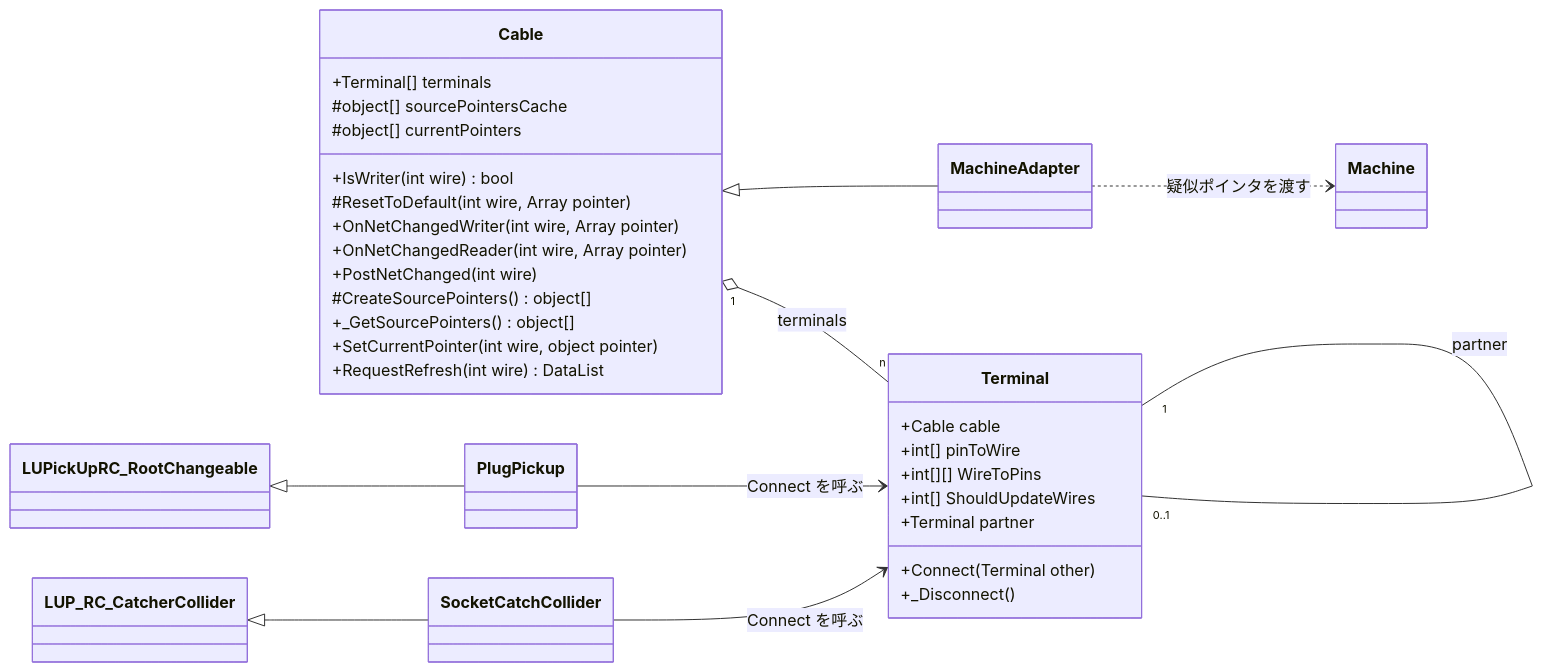
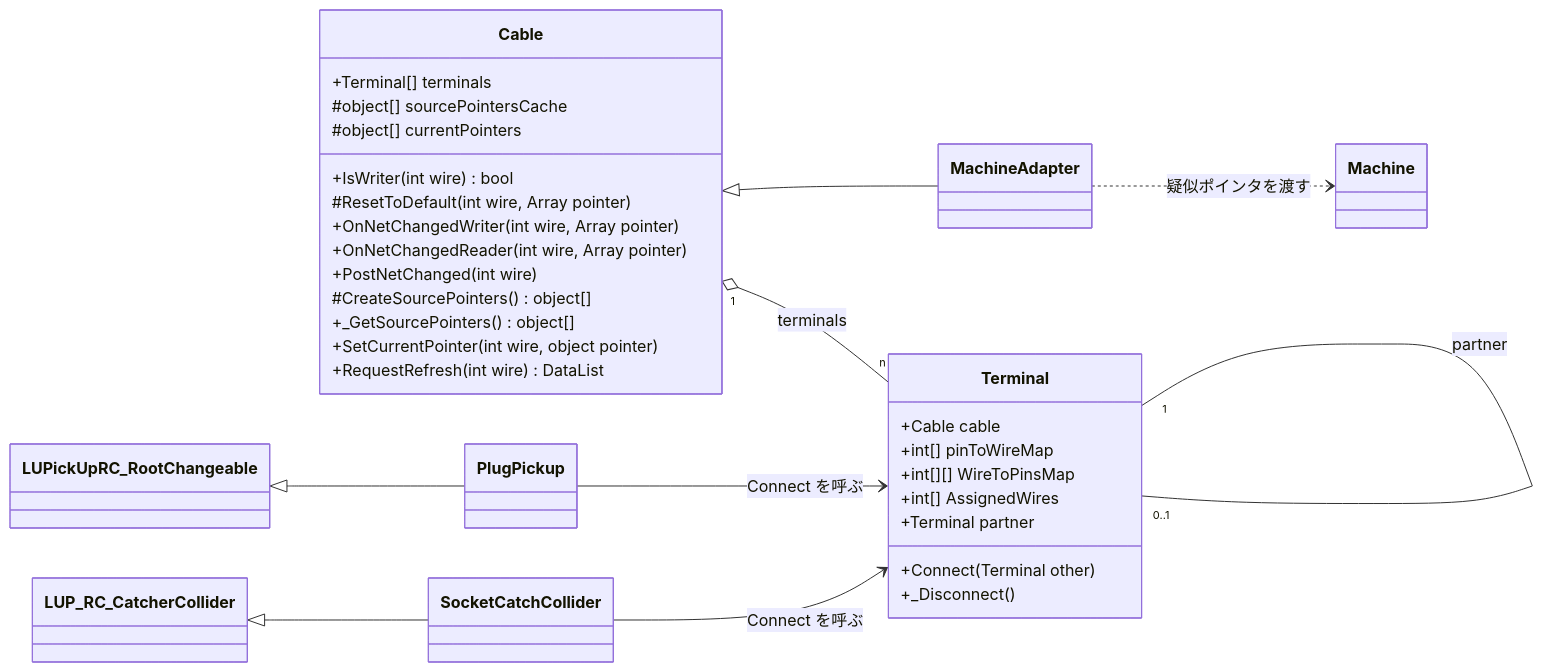
Before and after one commit to frou01/UdonSharpPickupCable: the first of 3 diagrams in Design.md, drawn with Mermaid. The commit also changed other lines of this file, not shown here.

````diff
--- a/Design.md
+++ b/Design.md
@@ -92,39 +92,39 @@
 ```mermaid
 classDiagram
   direction LR
   class Cable {
     +Terminal[] terminals
     #object[] sourcePointersCache
     #object[] currentPointers
     +IsWriter(int wire) bool
     #ResetToDefault(int wire, Array pointer)
     +OnNetChangedWriter(int wire, Array pointer)
     +OnNetChangedReader(int wire, Array pointer)
     +PostNetChanged(int wire)
     #CreateSourcePointers() object[]
     +_GetSourcePointers() object[]
     +SetCurrentPointer(int wire, object pointer)
     +RequestRefresh(int wire) DataList
   }
   class Terminal {
     +Cable cable
-    +int[] pinToWire
-    +int[][] WireToPins
-    +int[] ShouldUpdateWires
+    +int[] pinToWireMap
+    +int[][] WireToPinsMap
+    +int[] AssignedWires
     +Terminal partner
     +Connect(Terminal other)
     +_Disconnect()
   }
   class MachineAdapter
   class Machine
   class PlugPickup
   class SocketCatchCollider
   Cable "1" o-- "n" Terminal : terminals
   Terminal "1" -- "0..1" Terminal : partner
   Cable <|-- MachineAdapter
   MachineAdapter ..> Machine : 疑似ポインタを渡す
   PlugPickup --> Terminal : Connect を呼ぶ
   SocketCatchCollider --> Terminal : Connect を呼ぶ
   LUPickUpRC_RootChangeable <|-- PlugPickup
   LUP_RC_CatcherCollider <|-- SocketCatchCollider
 ```
````
